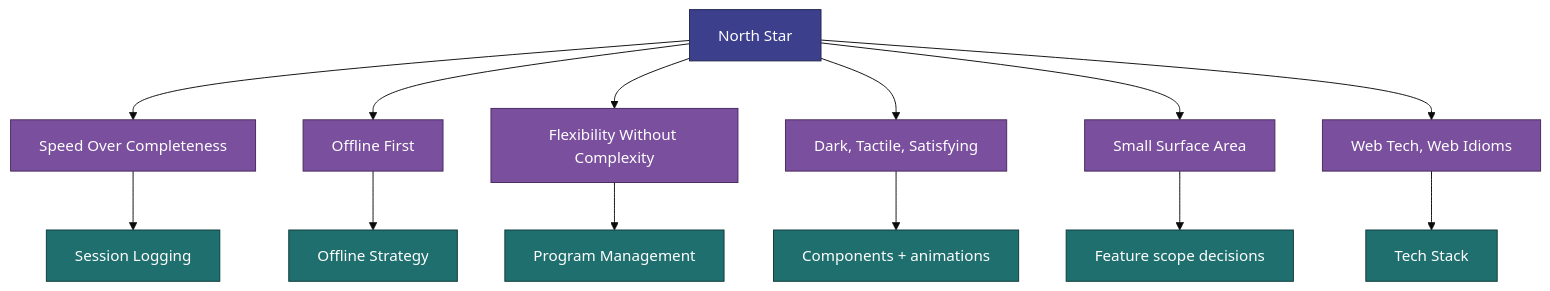
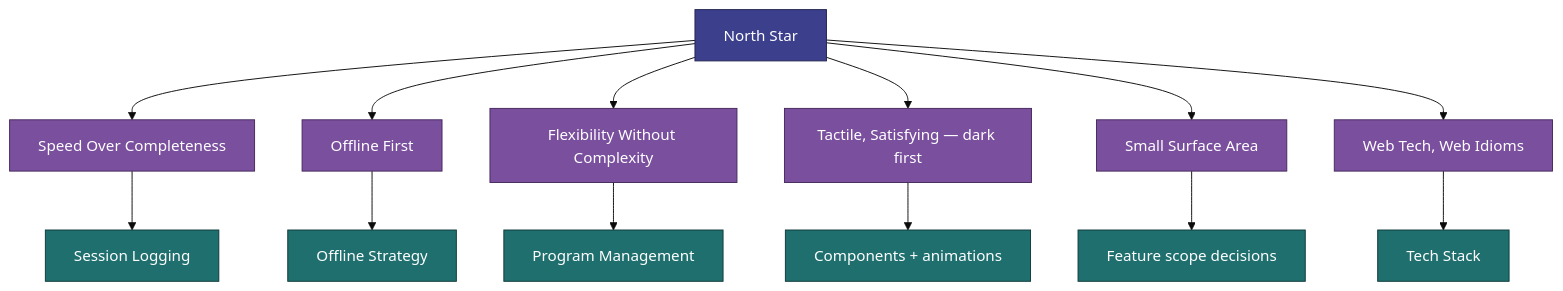
Before and after one commit to jermbo/CosmicWorkOut: the diagram in docs/vision/principles.md, drawn with Mermaid (base theme). The commit also changed other lines of this file and 197 other files, not shown here.

````diff
--- a/docs/vision/principles.md
+++ b/docs/vision/principles.md
@@ -7,22 +7,22 @@
 ```mermaid
 flowchart TB
     NS[North Star] --> P1[Speed Over Completeness]
     NS --> P2[Offline First]
     NS --> P3[Flexibility Without Complexity]
-    NS --> P4[Dark, Tactile, Satisfying]
+    NS --> P4[Tactile, Satisfying — dark first]
     NS --> P5[Small Surface Area]
     NS --> P6[Web Tech, Web Idioms]
     P1 --> SL[Session Logging]
     P2 --> OS[Offline Strategy]
     P3 --> PM[Program Management]
     P4 --> UI[Components + animations]
     P5 --> Scope[Feature scope decisions]
     P6 --> TS[Tech Stack]
 
     classDef root fill:#3b3f8c,stroke:#23264f,color:#ffffff;
     classDef principle fill:#7a4f9e,stroke:#46295c,color:#ffffff;
     classDef outcome fill:#1f6f6f,stroke:#0f3a3a,color:#ffffff;
     class NS root;
     class P1,P2,P3,P4,P5,P6 principle;
     class SL,OS,PM,UI,Scope,TS outcome;
 ```
````
